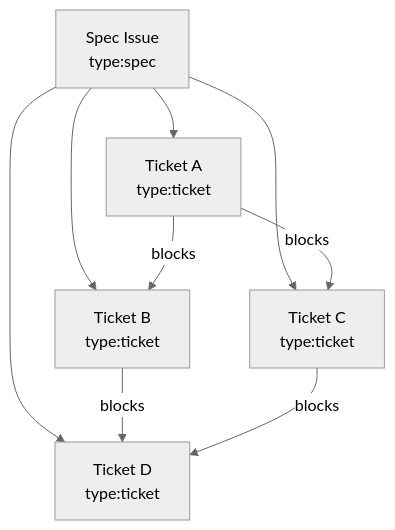
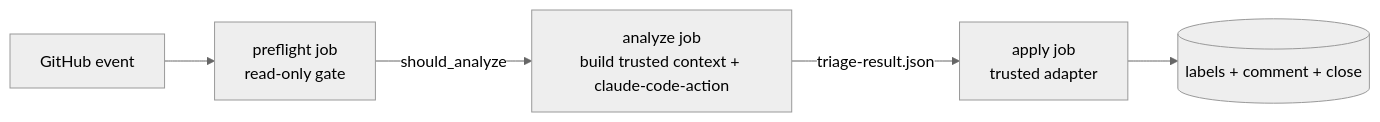
The diagram in docs/triage.md (pangpang778/ph-auto-label), drawn with Mermaid (neutral theme) before and after one commit. The commit also changed other lines of this file and 24 other files, not shown here.

````diff
--- a/docs/triage.md
+++ b/docs/triage.md
@@ -100,11 +12,7 @@
 ```mermaid
-flowchart TB
-    S[Spec Issue<br/>type:spec] --> T1[Ticket A<br/>type:ticket]
-    S --> T2[Ticket B<br/>type:ticket]
-    S --> T3[Ticket C<br/>type:ticket]
-    S --> T4[Ticket D<br/>type:ticket]
-    T1 -->|blocks| T2
-    T1 -->|blocks| T3
-    T2 -->|blocks| T4
-    T3 -->|blocks| T4
+flowchart LR
+    E[GitHub event] --> P[preflight job<br/>read-only gate]
+    P -->|should_analyze| A[analyze job<br/>build trusted context + claude-code-action]
+    A -->|triage-result.json| AP[apply job<br/>trusted adapter]
+    AP --> L[(labels + comment + close)]
 ```
````
